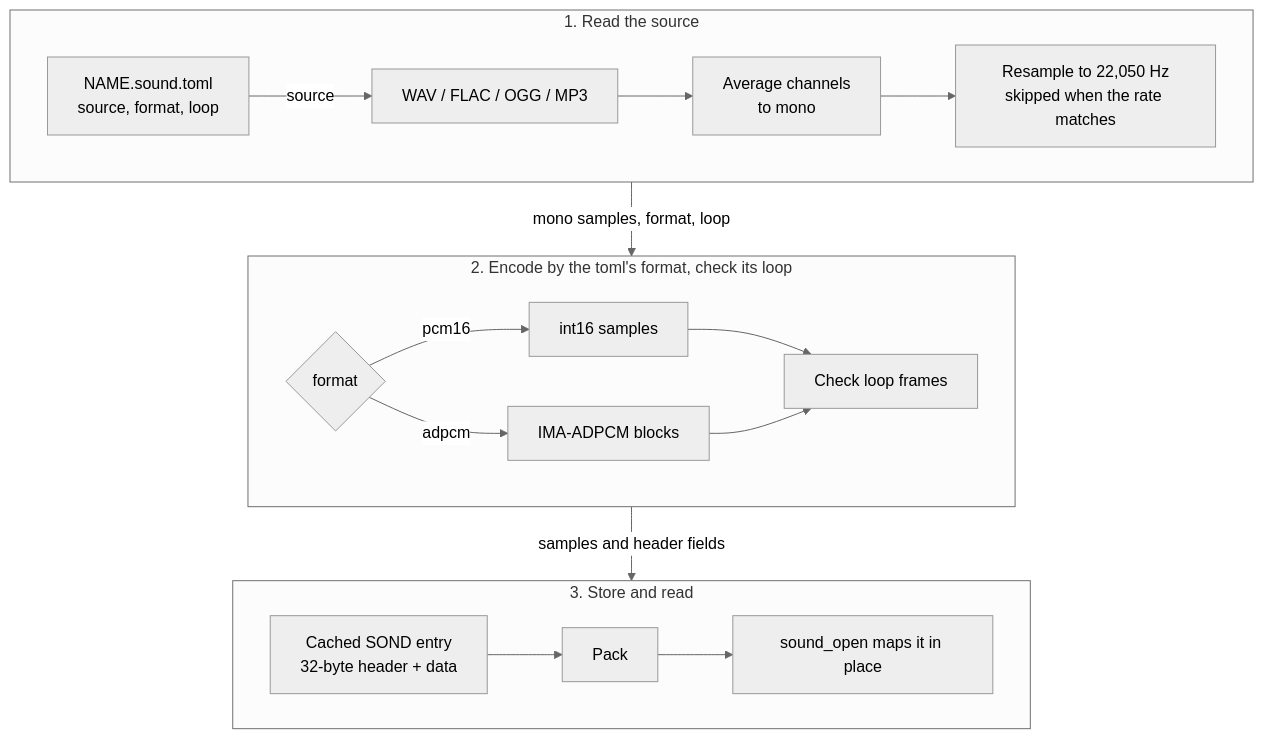
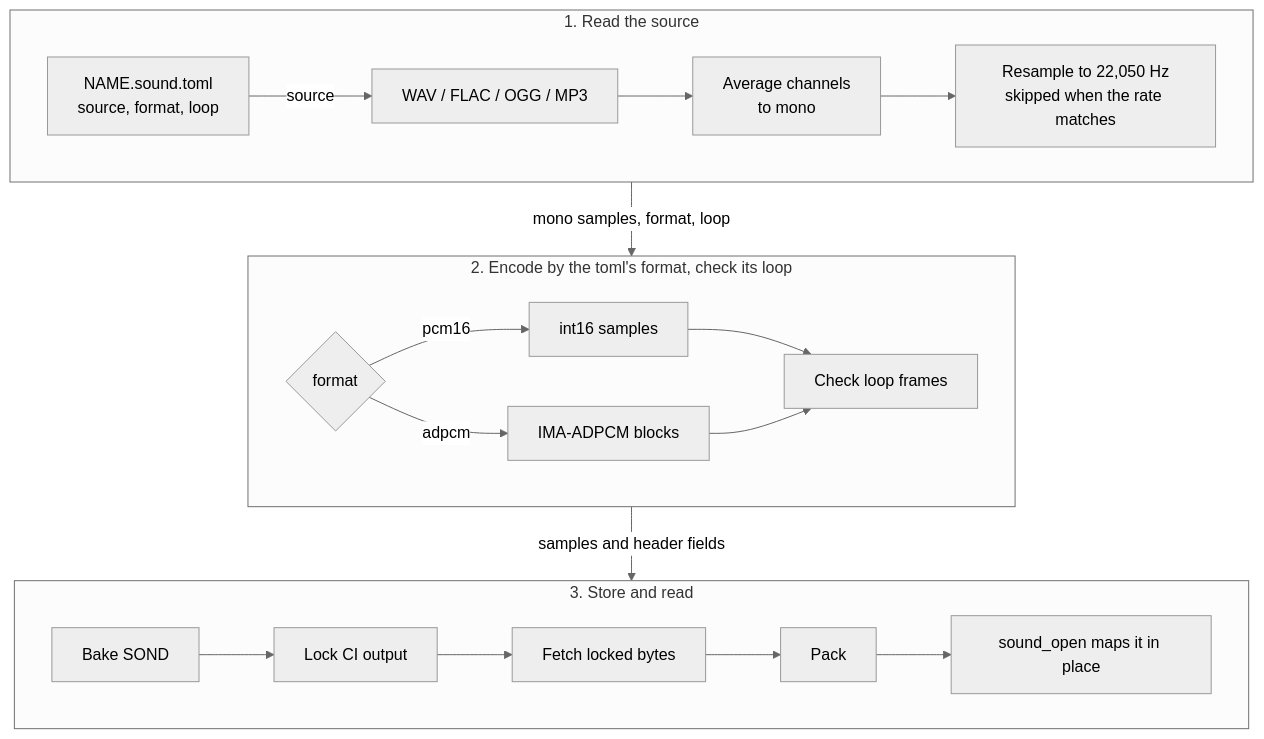
One commit to jose-villegas/autana changed the fourth of 4 diagrams in docs/audio/Sound-Assets.md. Above: the diagram before and after it, drawn with Mermaid (neutral theme). The commit also changed other lines of this file and 24 other files, not shown here.

````diff
--- a/docs/audio/Sound-Assets.md
+++ b/docs/audio/Sound-Assets.md
@@ -142,23 +141,25 @@
 ```mermaid
 flowchart TB
     subgraph Source["1. Read the source"]
         direction LR
         T["NAME.sound.toml<br/>source, format, loop"] -->|source| W["WAV / FLAC / OGG / MP3"]
         W --> M[Average channels<br/>to mono]
         M --> R["Resample to 22,050 Hz<br/>skipped when the rate matches"]
     end
     subgraph Encode["2. Encode by the toml's format, check its loop"]
         direction LR
         F{format} -->|pcm16| P[int16 samples]
         F -->|adpcm| A[IMA-ADPCM blocks]
         P --> L[Check loop frames]
         A --> L
     end
     subgraph Use["3. Store and read"]
         direction LR
-        S["Cached SOND entry<br/>32-byte header + data"] --> K[Pack]
+        S["Bake SOND"] --> Lk["Lock CI output"]
+        Lk --> Ft["Fetch locked bytes"]
+        Ft --> K[Pack]
         K --> O[sound_open maps it in place]
     end
     Source -->|mono samples, format, loop| Encode
     Encode -->|samples and header fields| Use
 ```
````
